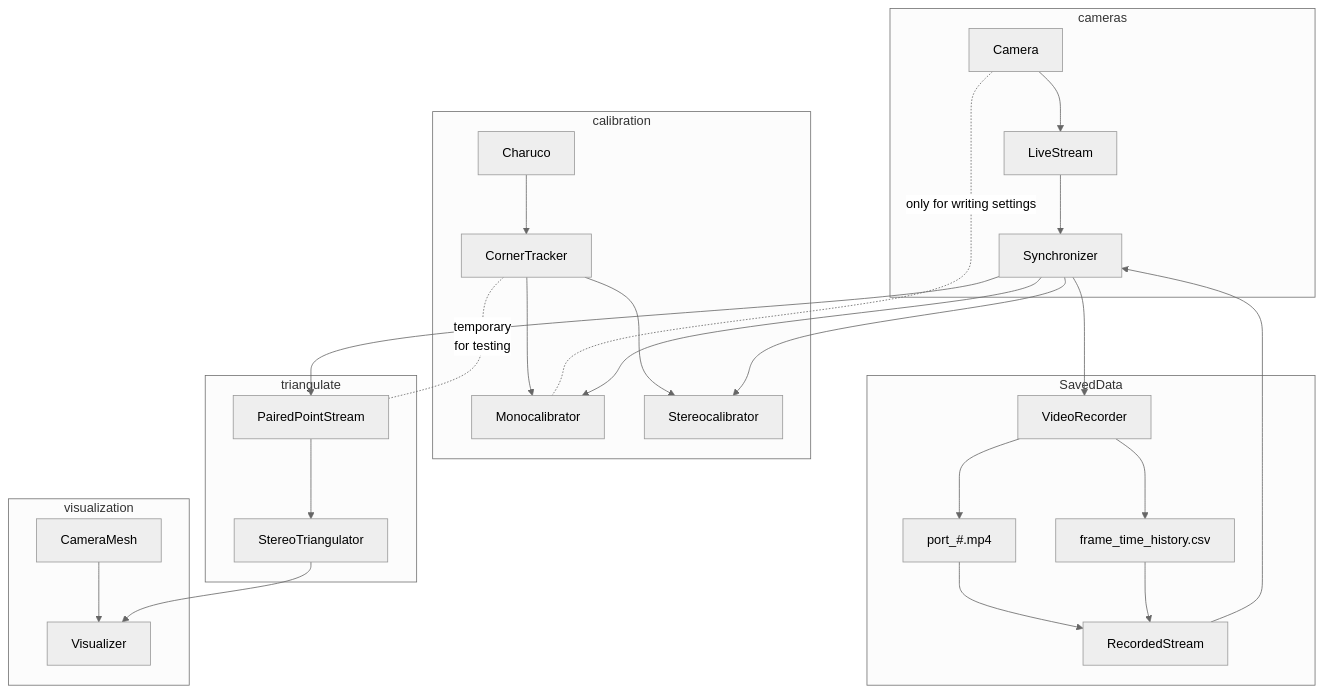
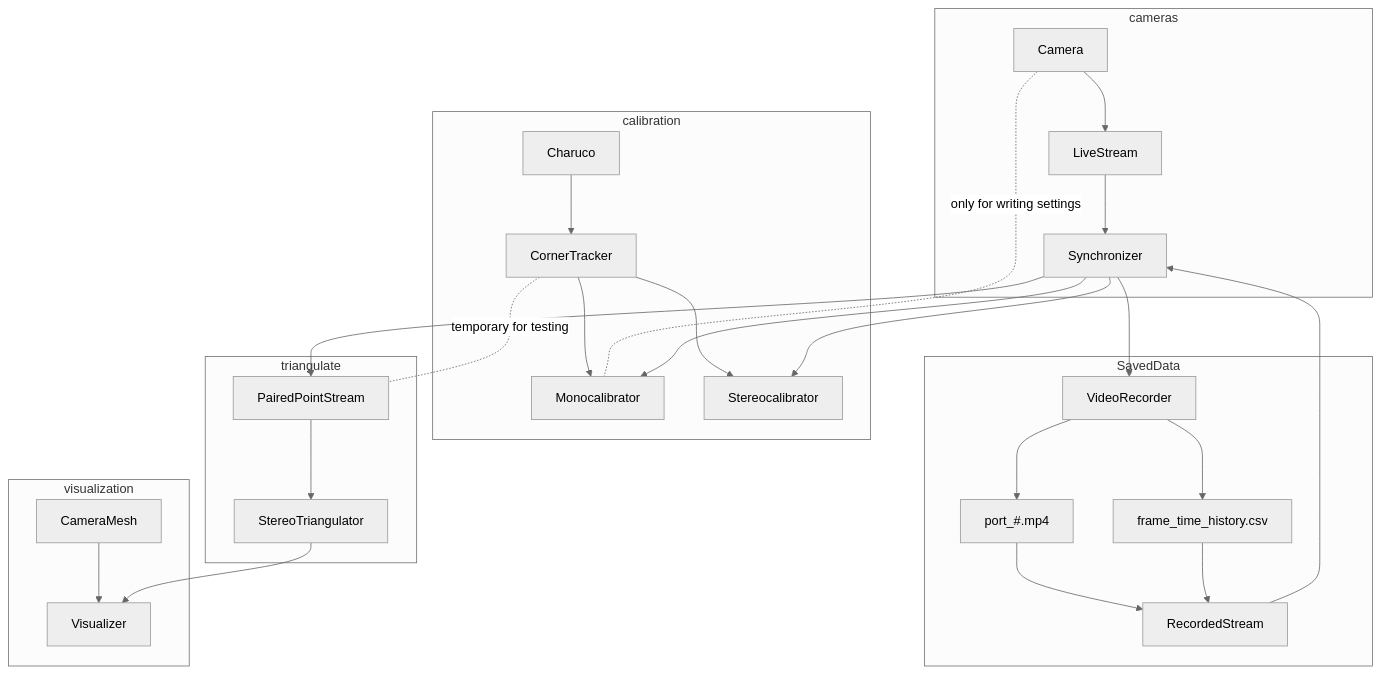
One commit to mprib/caliscope changed the diagram in README.md. Above: the diagram before and after it, drawn with Mermaid (neutral theme).

````diff
--- a/README.md
+++ b/README.md
@@ -27,41 +27,41 @@
 ```mermaid
 graph
 
 subgraph calibration
 Charuco --> CornerTracker
 CornerTracker --> Monocalibrator
 CornerTracker --> Stereocalibrator
 end
 
 subgraph cameras
 Camera -.only for writing settings.- Monocalibrator
 Camera --> LiveStream
 LiveStream --> Synchronizer
 Synchronizer --> Monocalibrator
 Synchronizer --> Stereocalibrator
 end
 
 Synchronizer --> PairedPointStream 
 
 subgraph SavedData
+Synchronizer --> VideoRecorder
+VideoRecorder --> port_#.mp4
+VideoRecorder --> frame_time_history.csv
+
 port_#.mp4 --> RecordedStream
 frame_time_history.csv --> RecordedStream
+RecordedStream --> Synchronizer
+end
 
-RecordedStream --> Synchronizer
-Synchronizer --> VideoRecorder
-
-VideoRecorder --> port_#.mp4
-VideoRecorder --> frame_time_history.csv
-end
-CornerTracker -.temporary \nfor testing .- PairedPointStream
+CornerTracker -.temporary for testing .- PairedPointStream
 
 subgraph triangulate
 PairedPointStream -->StereoTriangulator
 end
 
 subgraph visualization
 CameraMesh --> Visualizer
 StereoTriangulator --> Visualizer
 end
 
 ```
````
